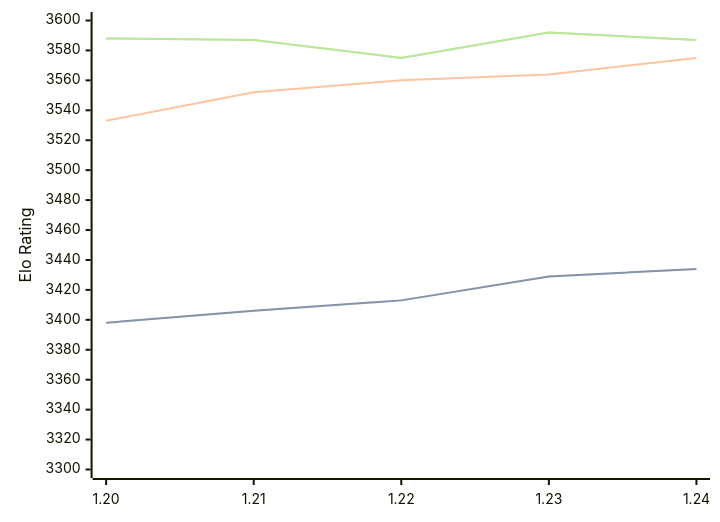
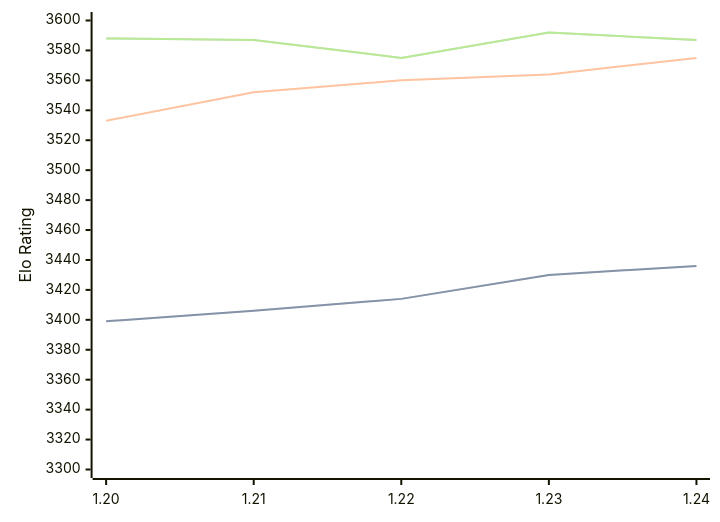
The diagram in engines/Caissa.md (computer-chess-index/cci), drawn with Mermaid before and after one commit. The commit also changed other lines of this file, not shown here.

````diff
--- a/engines/Caissa.md
+++ b/engines/Caissa.md
@@ -62,11 +62,11 @@
 ```mermaid
 %%{init: {"theme":"base","themeVariables":{"seriesColors:['#a3a3a3','#222221','#faa371']}}}%%
 xychart-beta
   x-axis ["1.20", "1.21", "1.22", "1.23", "1.24"]
   y-axis "Elo Rating" 3300 --> 3600
-  line "STC (8.0+0.08s)" [3398, 3406, 3413, 3429, 3434]
-  line "STC (8.0+0.08s)" [3398, 3406, 3413, 3429, 3434]
+  line "STC (8.0+0.08s)" [3399, 3406, 3414, 3430, 3436]
+  line "STC (8.0+0.08s)" [3399, 3406, 3414, 3430, 3436]
   line "LTC (60.0+0.60s)" [3533, 3552, 3560, 3564, 3575]
   line "VLTC (2m24s+1.12s)" [3588, 3587, 3575, 3592, 3587]
   line "VLTC (2m24s+1.12s)" [3588, 3587, 3575, 3592, 3587]
 ```
````
